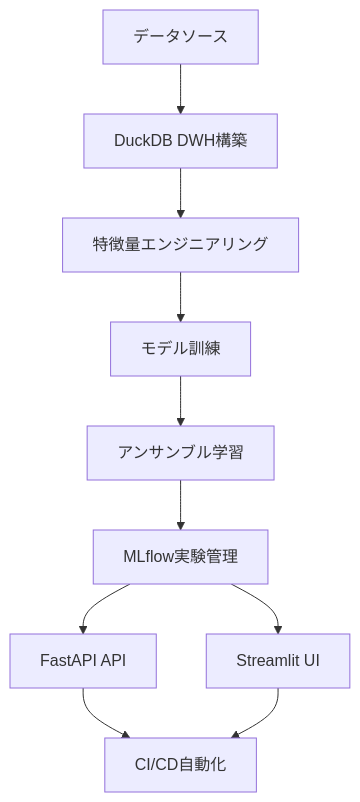
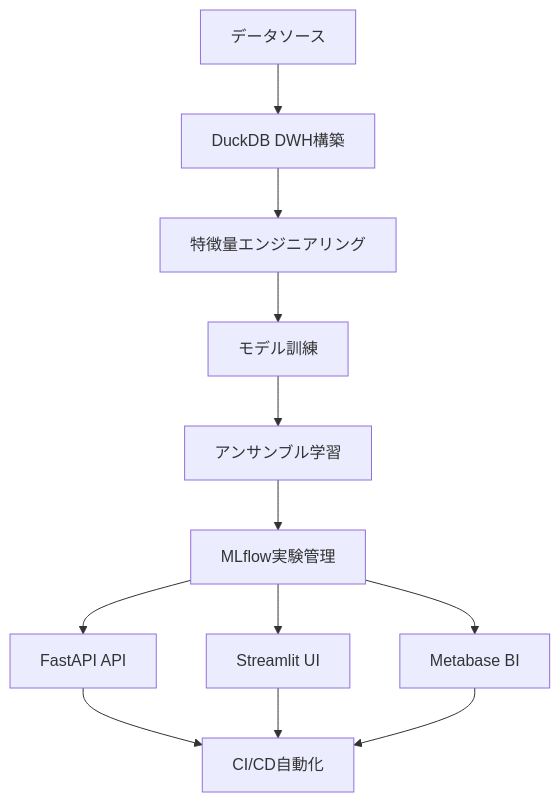
Before and after one commit to kurosawa-kuro/fullstack-mlops: the diagram in README.md, drawn with Mermaid. The commit also changed other lines of this file and 30 other files, not shown here.

````diff
--- a/README.md
+++ b/README.md
@@ -90,12 +98,14 @@
 ```mermaid
 graph TD
     A[データソース] --> B[DuckDB DWH構築]
     B --> C[特徴量エンジニアリング]
     C --> D[モデル訓練]
     D --> E[アンサンブル学習]
     E --> F[MLflow実験管理]
     F --> G[FastAPI API]
     F --> H[Streamlit UI]
-    G --> I[CI/CD自動化]
-    H --> I
+    F --> I[Metabase BI]
+    G --> J[CI/CD自動化]
+    H --> J
+    I --> J
 ```
````
